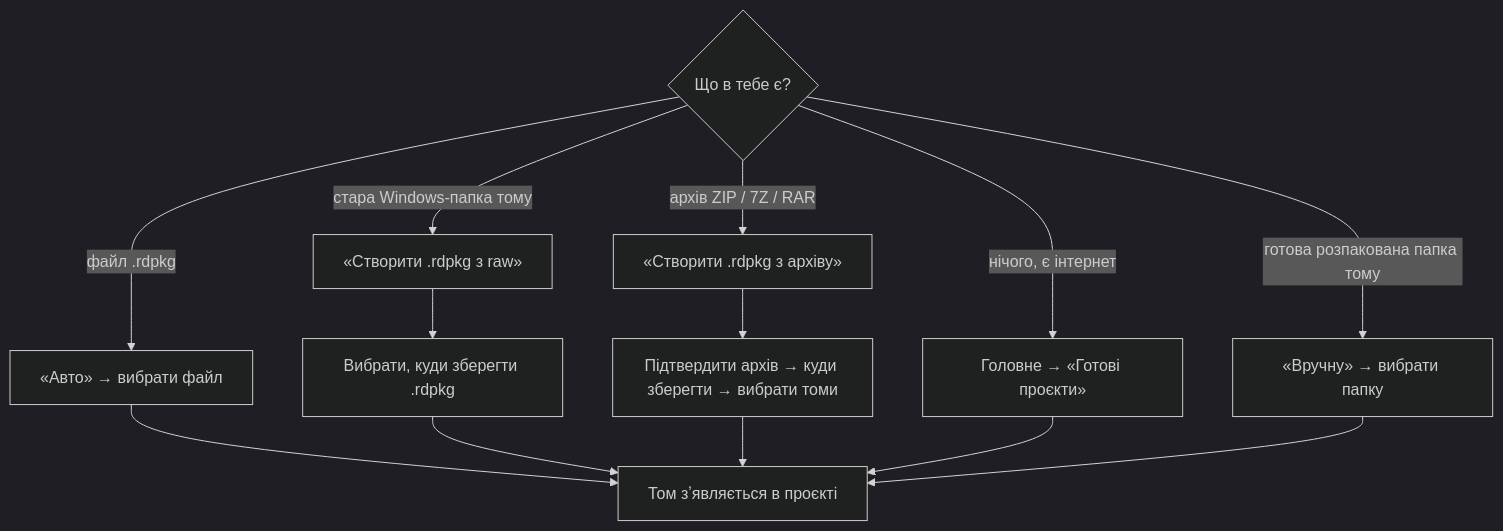
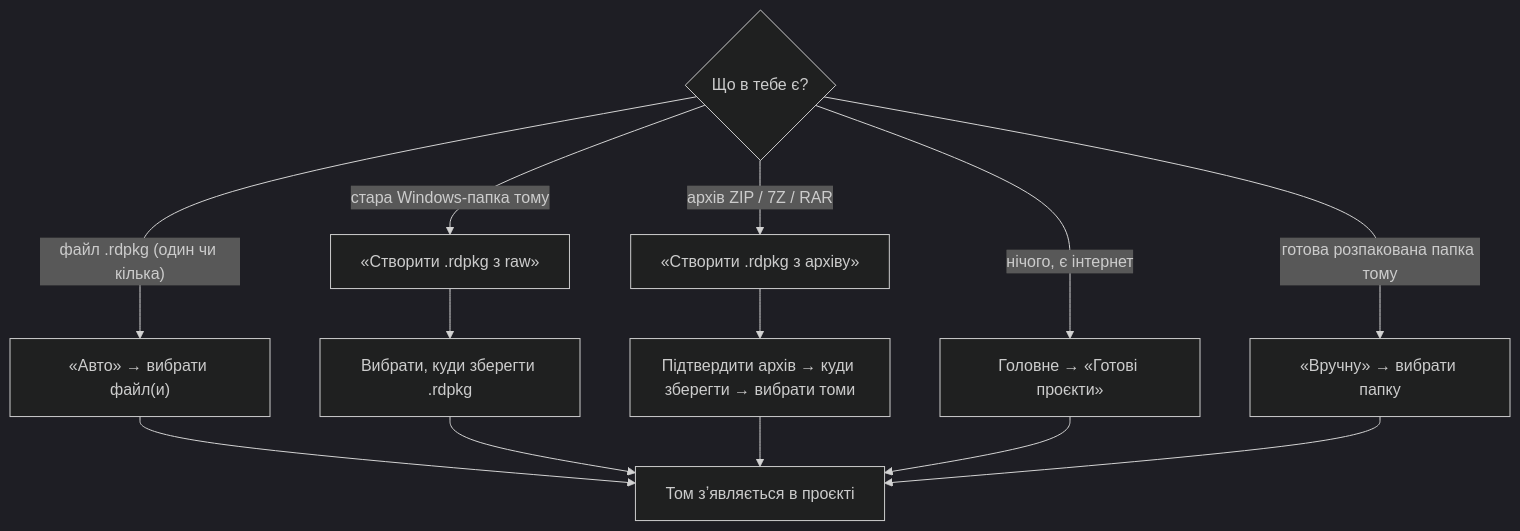
One commit to faric-ua/renault-docs-android changed the third of 12 diagrams in docs/ua/USER_GUIDE.md. Above: the diagram before and after it, drawn with Mermaid (dark theme). The commit also changed other lines of this file and 16 other files, not shown here.

First line of the commit message:
Renodocs 0.6.3: «Авто» бере кілька томів одразу (TODO №29) (#448)

````diff
--- a/docs/ua/USER_GUIDE.md
+++ b/docs/ua/USER_GUIDE.md
@@ -79,16 +79,16 @@
 ```mermaid
 flowchart TD
     Q{"Що в тебе є?"}
-    Q -->|"файл .rdpkg"| A1["«Авто» → вибрати файл"]
+    Q -->|"файл .rdpkg (один чи кілька)"| A1["«Авто» → вибрати файл(и)"]
     Q -->|"стара Windows-папка тому"| A2["«Створити .rdpkg з raw»"]
     Q -->|"архів ZIP / 7Z / RAR"| A3["«Створити .rdpkg з архіву»"]
     Q -->|"нічого, є інтернет"| A4["Головне → «Готові проєкти»"]
     Q -->|"готова розпакована папка тому"| A5["«Вручну» → вибрати папку"]
     A2 --> S["Вибрати, куди зберегти .rdpkg"]
     A3 --> C["Підтвердити архів → куди зберегти → вибрати томи"]
     A1 --> OK["Том зʼявляється в проєкті"]
     S --> OK
     C --> OK
     A4 --> OK
     A5 --> OK
 ```
````
